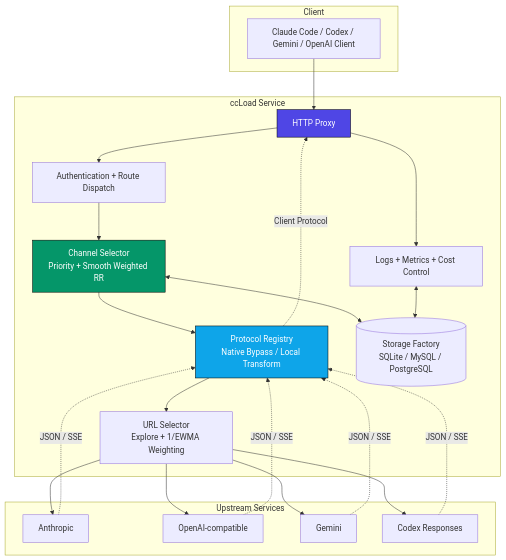
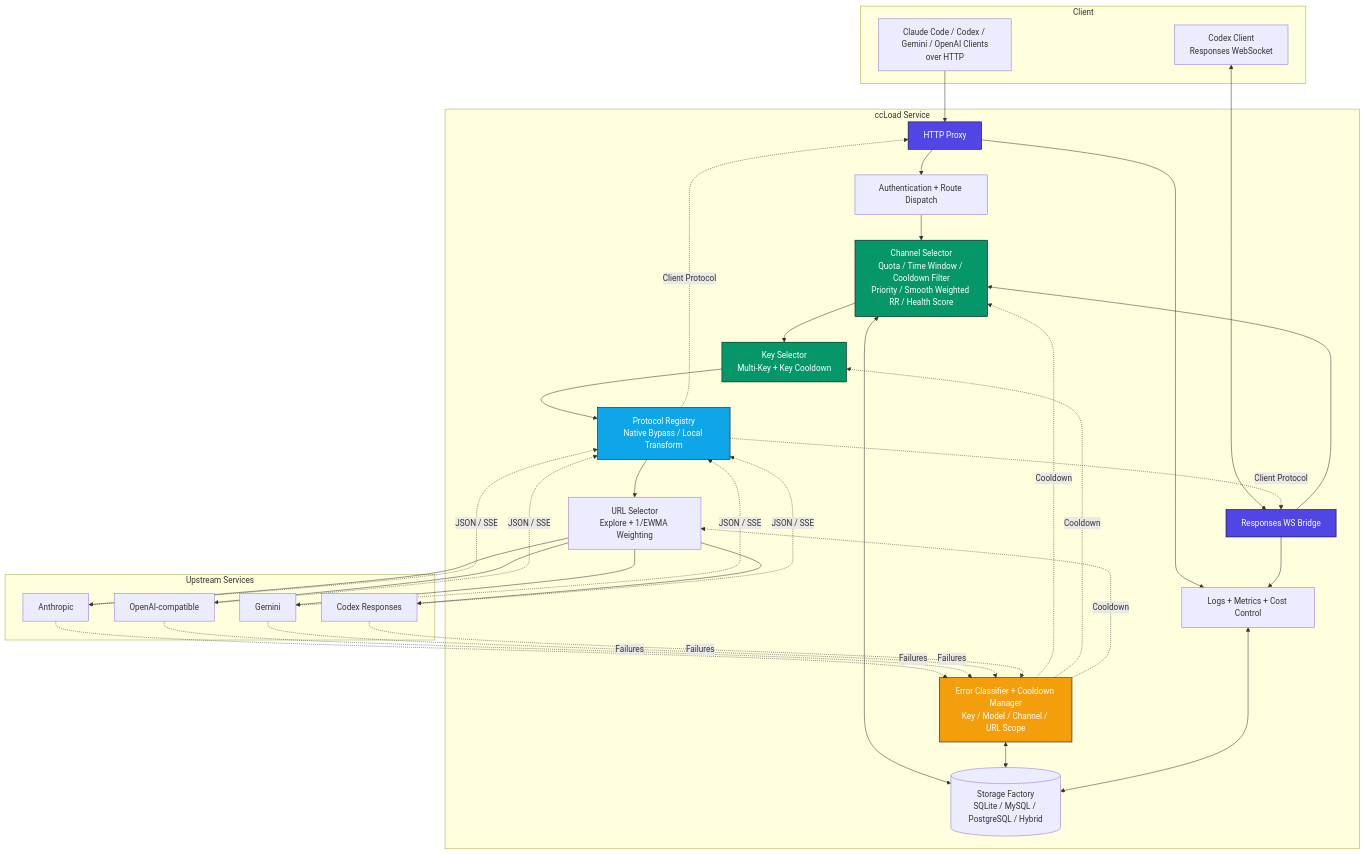
The diagram in README.md (caidaoli/ccLoad), drawn with Mermaid before and after one commit. The commit also changed 1 other file, not shown here.

Commit message:
docs: align architecture diagram with dual entries, cooldown loop, and health score

````diff
--- a/README.md
+++ b/README.md
@@ -104,42 +104,67 @@
 ```mermaid
 graph TB
     subgraph "Client"
-        A[Claude Code / Codex / Gemini / OpenAI Client]
+        A[Claude Code / Codex / Gemini / OpenAI Clients<br/>over HTTP]
+        W[Codex Client<br/>Responses WebSocket]
     end
 
     subgraph "ccLoad Service"
         B[HTTP Proxy]
+        R[Responses WS Bridge]
         C[Authentication + Route Dispatch]
-        D[Channel Selector<br/>Priority + Smooth Weighted RR]
+        D[Channel Selector<br/>Quota / Time Window / Cooldown Filter<br/>Priority / Smooth Weighted RR / Health Score]
+        K[Key Selector<br/>Multi-Key + Key Cooldown]
         E[Protocol Registry<br/>Native Bypass / Local Transform]
         F[URL Selector<br/>Explore + 1/EWMA Weighting]
-        G[(Storage Factory<br/>SQLite / MySQL / PostgreSQL)]
+        CD[Error Classifier + Cooldown Manager<br/>Key / Model / Channel / URL Scope]
+        G[(Storage Factory<br/>SQLite / MySQL / PostgreSQL / Hybrid)]
         H[Logs + Metrics + Cost Control]
 
-        A --> B --> C --> D --> E --> F
+        A --> B --> C --> D
+        W <--> R --> D
+
+        D --> K --> E --> F
+
         D <--> G
+        CD <--> G
         H <--> G
         B --> H
+        R --> H
     end
 
     subgraph "Upstream Services"
         U1[Anthropic]
         U2[OpenAI-compatible]
         U3[Gemini]
         U4[Codex Responses]
     end
 
     F --> U1
     F --> U2
     F --> U3
     F --> U4
+
     U1 -. JSON / SSE .-> E
     U2 -. JSON / SSE .-> E
     U3 -. JSON / SSE .-> E
     U4 -. JSON / SSE .-> E
+
     E -. Client Protocol .-> B
+    E -. Client Protocol .-> R
+
+    U1 -. Failures .-> CD
+    U2 -. Failures .-> CD
+    U3 -. Failures .-> CD
+    U4 -. Failures .-> CD
+
+    CD -. Cooldown .-> D
+    CD -. Cooldown .-> K
+    CD -. Cooldown .-> F
 
     style B fill:#4F46E5,stroke:#000,color:#fff
+    style R fill:#4F46E5,stroke:#000,color:#fff
     style D fill:#059669,stroke:#000,color:#fff
+    style K fill:#059669,stroke:#000,color:#fff
     style E fill:#0EA5E9,stroke:#000,color:#fff
+    style CD fill:#F59E0B,stroke:#000,color:#fff
 ```
````
